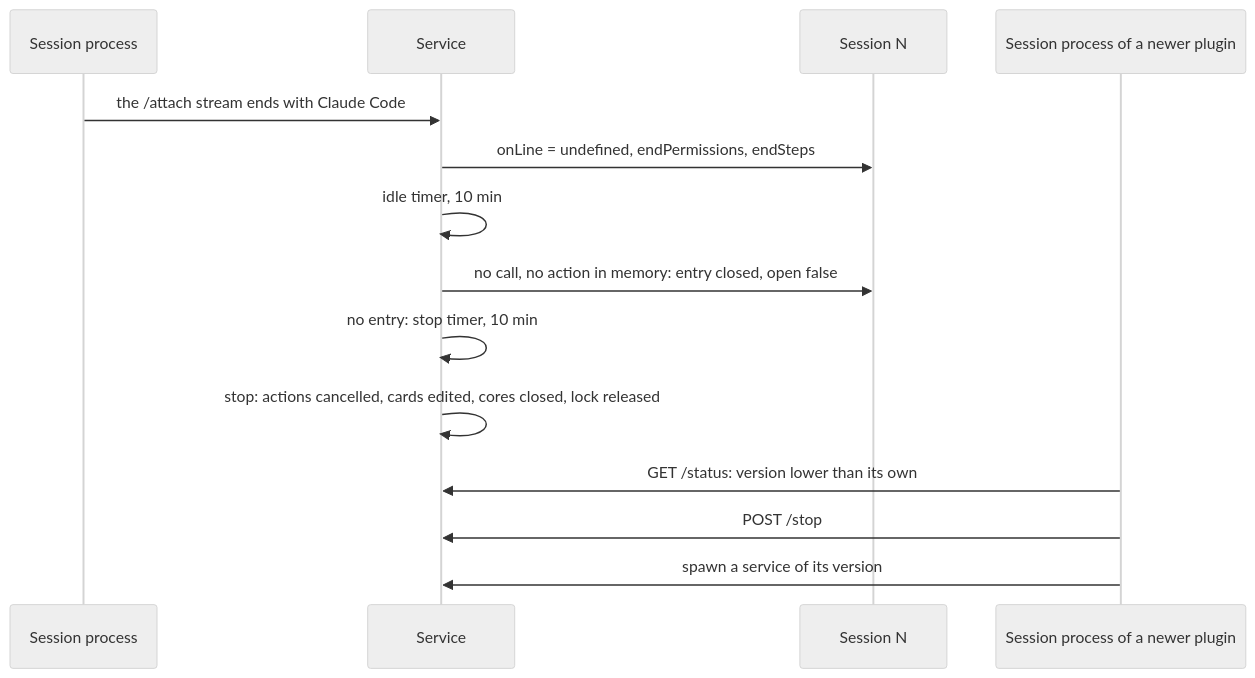
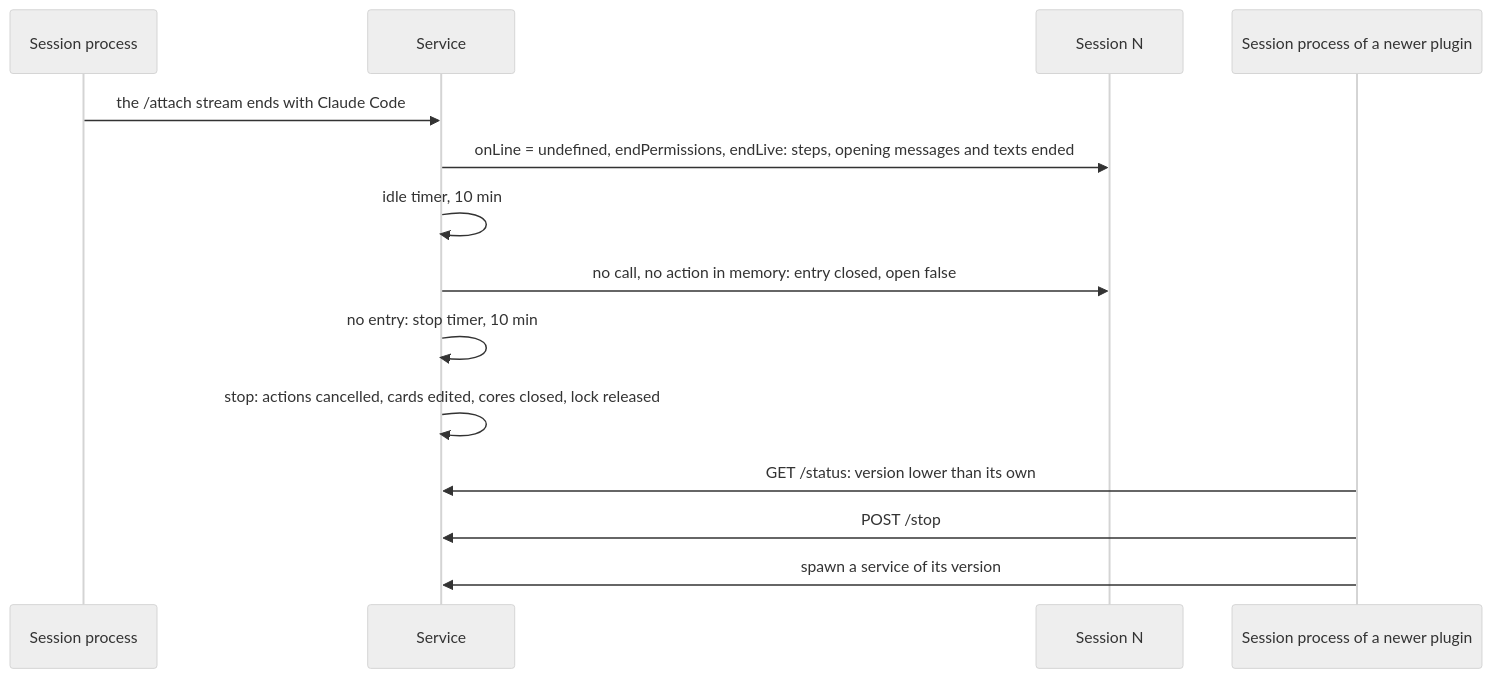
Diagram 26 of 33 in packages/simplex-chat-mcp/spec/flows.md (simplex-chat/simplex-chat), drawn with Mermaid (neutral theme) before and after one commit. The commit also changed other lines of this file and 25 other files, not shown here.

First line of the commit message:
mcp: Claude's answers live as Claude writes them, and one end line per turn

````diff
--- a/packages/simplex-chat-mcp/spec/flows.md
+++ b/packages/simplex-chat-mcp/spec/flows.md
@@ -1186,16 +1200,16 @@
 ```mermaid
 sequenceDiagram
   participant S as Session process
   participant D as Service
   participant N as Session N
   participant S2 as Session process of a newer plugin
   S->>D: the /attach stream ends with Claude Code
-  D->>N: onLine = undefined, endPermissions, endSteps
+  D->>N: onLine = undefined, endPermissions, endLive: steps, opening messages and texts ended
   D->>D: idle timer, 10 min
   D->>N: no call, no action in memory: entry closed, open false
   D->>D: no entry: stop timer, 10 min
   D->>D: stop: actions cancelled, cards edited, cores closed, lock released
   S2->>D: GET /status: version lower than its own
   S2->>D: POST /stop
   S2->>D: spawn a service of its version
 ```
````
